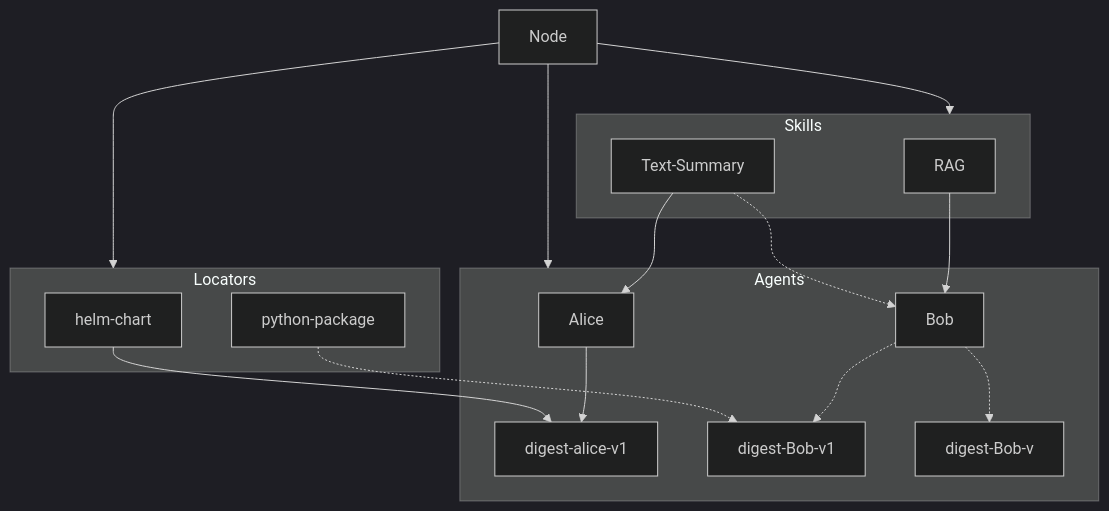
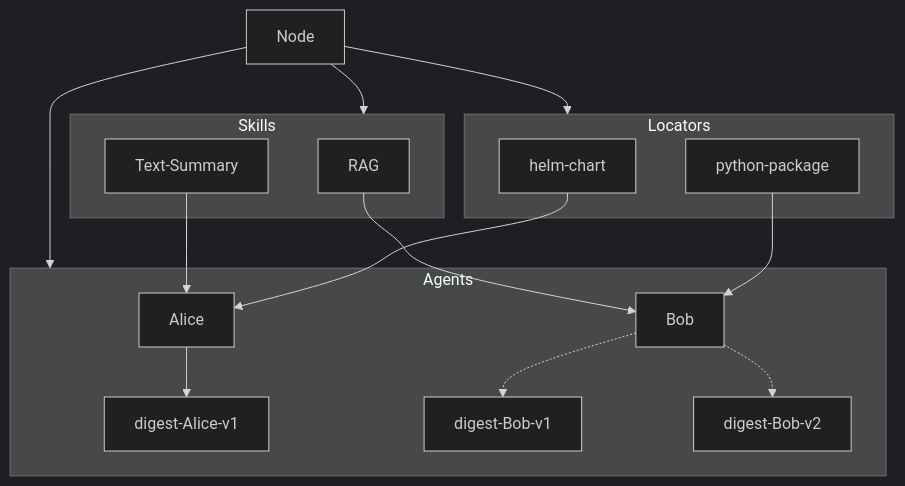
Before and after one commit to agntcy/dir: the diagram in ARCHITECTURE.md, drawn with Mermaid (dark theme). The commit also changed other lines of this file and 6 other files, not shown here.

````diff
--- a/ARCHITECTURE.md
+++ b/ARCHITECTURE.md
@@ -136,23 +140,22 @@
 ```mermaid
 flowchart TD
   Node --> Agents
   Node --> Skills
   Node --> Locators
 
   subgraph Agents
-      Alice --> digest-alice-v1
+      Alice --> digest-Alice-v1
       Bob .-> digest-Bob-v1
-      Bob .-> digest-Bob-v
+      Bob .-> digest-Bob-v2
   end
 
   subgraph Locators
-      helm-chart --> digest-alice-v1
-      python-package .-> digest-Bob-v1
+      helm-chart --> Alice
+      python-package --> Bob
   end
 
   subgraph Skills
       RAG --> Bob
       Text-Summary --> Alice
-      Text-Summary .-> Bob
   end
 ```
````
